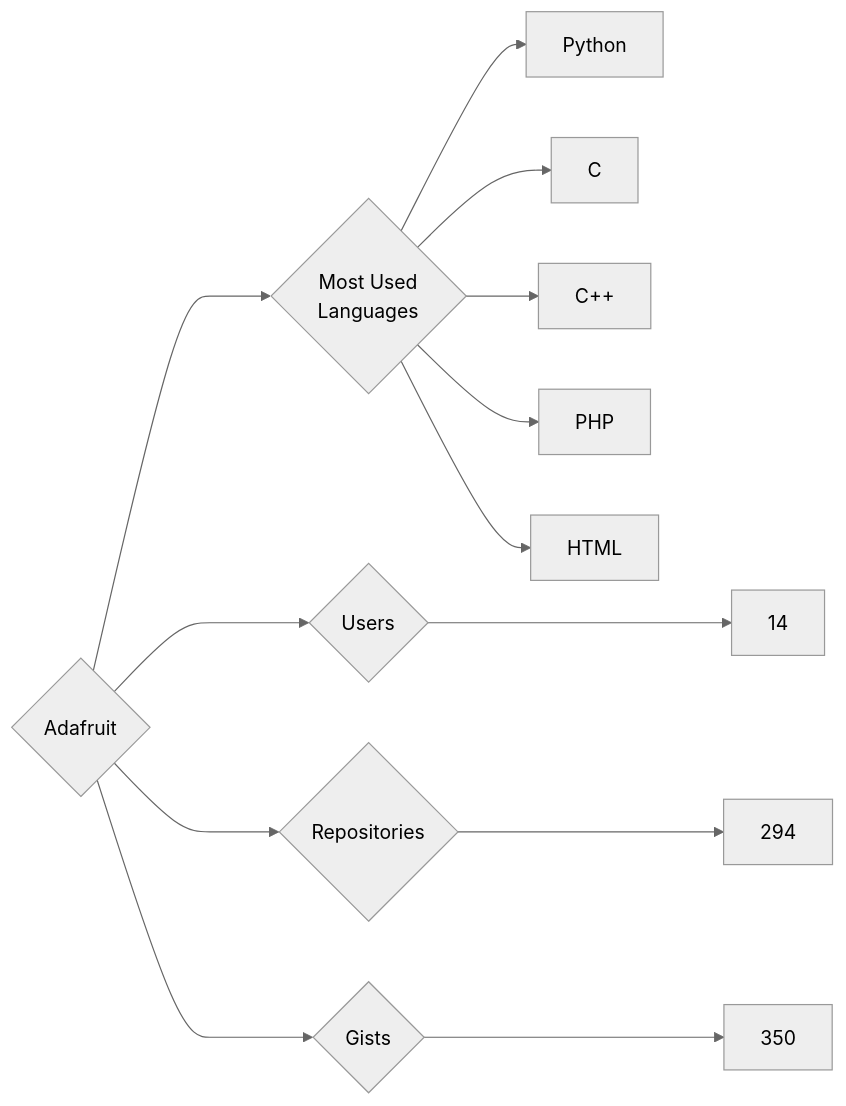
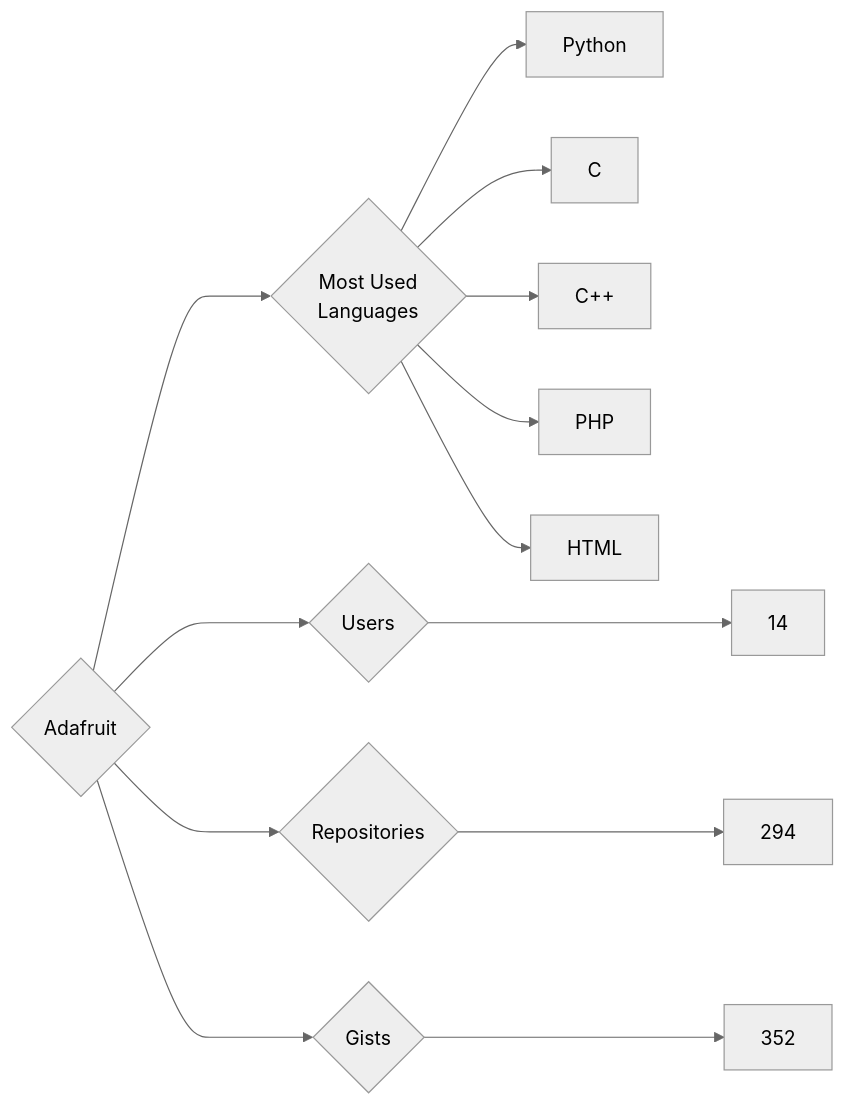
One commit to trickest/insiders changed the diagram in targets/Adafruit/README.md. Above: the diagram before and after it, drawn with Mermaid (neutral theme). The commit also changed 633 other files, not shown here.

````diff
--- a/targets/Adafruit/README.md
+++ b/targets/Adafruit/README.md
@@ -3,13 +3,13 @@
 ```mermaid
 graph LR
 COMPANY_NAME{Adafruit}
 COMPANY_NAME ---> U{Users} ---> UN[14]
 COMPANY_NAME ---> R{Repositories} ---> RN[294]
-COMPANY_NAME ---> G{Gists} ---> GN[350]
+COMPANY_NAME ---> G{Gists} ---> GN[352]
 COMPANY_NAME ---> ML{Most Used<br>Languages}
 ML --> Python[Python]
 ML --> C[C]
 ML --> C++[C++]
 ML --> PHP[PHP]
 ML --> HTML[HTML]
 ```
````
